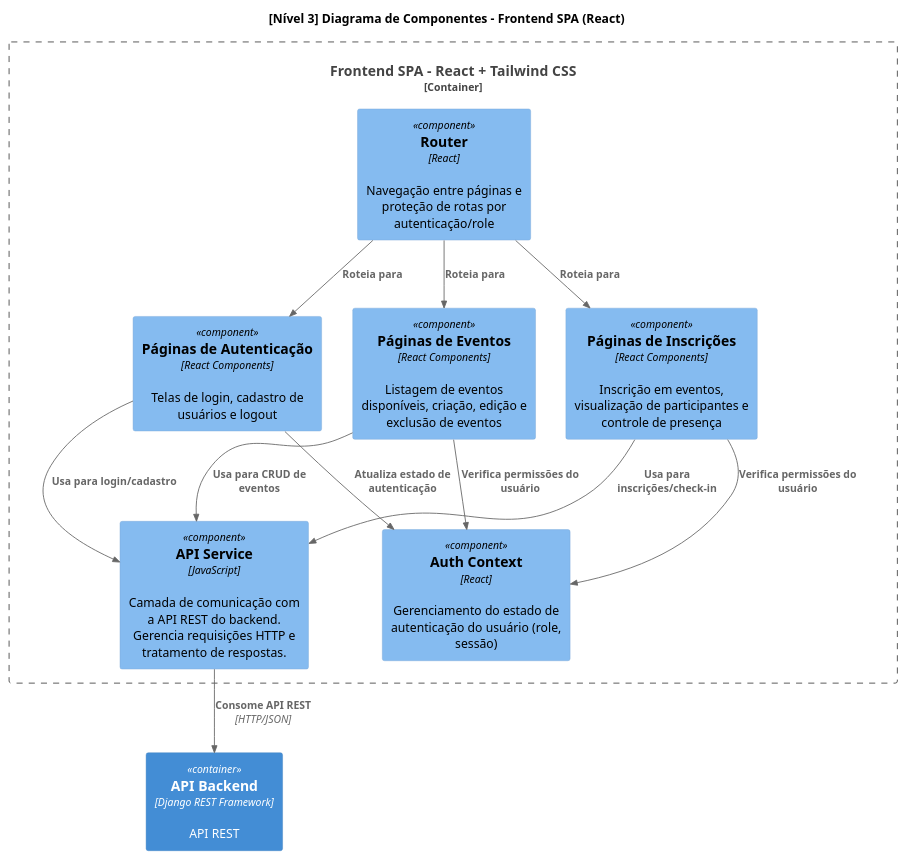
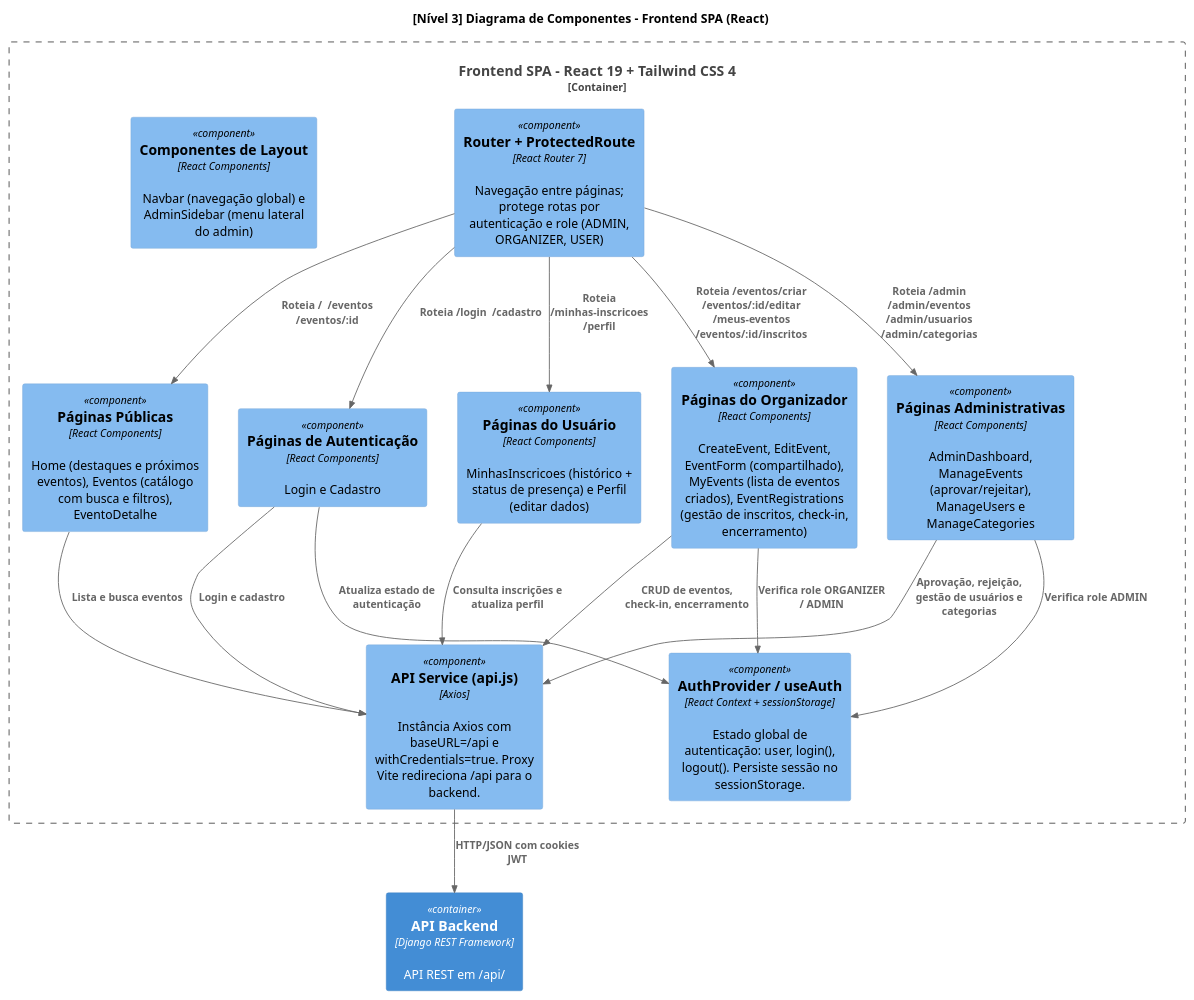
Before and after one commit to igorSeberino/event-manager-django-react: the fourth of 4 diagrams in docs/architecture/c4-model.puml, drawn with PlantUML. The commit also changed other lines of this file and 8 other files, not shown here.

```diff
--- a/docs/architecture/c4-model.puml
+++ b/docs/architecture/c4-model.puml
@@ -81,29 +90,37 @@
 @startuml C4_Components_Frontend
 !include https://raw.githubusercontent.com/plantuml-stdlib/C4-PlantUML/master/C4_Component.puml
 
 LAYOUT_TOP_DOWN()
 
 title [Nível 3] Diagrama de Componentes - Frontend SPA (React)
 
-Container_Boundary(spa, "Frontend SPA - React + Tailwind CSS") {
-    Component(authPages, "Páginas de Autenticação", "React Components", "Telas de login, cadastro de usuários e logout")
-    Component(eventPages, "Páginas de Eventos", "React Components", "Listagem de eventos disponíveis, criação, edição e exclusão de eventos")
-    Component(registrationPages, "Páginas de Inscrições", "React Components", "Inscrição em eventos, visualização de participantes e controle de presença")
-    Component(apiService, "API Service", "JavaScript", "Camada de comunicação com a API REST do backend. Gerencia requisições HTTP e tratamento de respostas.")
-    Component(authContext, "Auth Context", "React", "Gerenciamento do estado de autenticação do usuário (role, sessão)")
-    Component(router, "Router", "React", "Navegação entre páginas e proteção de rotas por autenticação/role")
+Container_Boundary(spa, "Frontend SPA - React 19 + Tailwind CSS 4") {
+    Component(router, "Router + ProtectedRoute", "React Router 7", "Navegação entre páginas; protege rotas por autenticação e role (ADMIN, ORGANIZER, USER)")
+    Component(authContext, "AuthProvider / useAuth", "React Context + sessionStorage", "Estado global de autenticação: user, login(), logout(). Persiste sessão no sessionStorage.")
+    Component(apiService, "API Service (api.js)", "Axios", "Instância Axios com baseURL=/api e withCredentials=true. Proxy Vite redireciona /api para o backend.")
+
+    Component(publicPages, "Páginas Públicas", "React Components", "Home (destaques e próximos eventos), Eventos (catálogo com busca e filtros), EventoDetalhe")
+    Component(authPages, "Páginas de Autenticação", "React Components", "Login e Cadastro")
+    Component(userPages, "Páginas do Usuário", "React Components", "MinhasInscricoes (histórico + status de presença) e Perfil (editar dados)")
+    Component(organizerPages, "Páginas do Organizador", "React Components", "CreateEvent, EditEvent, EventForm (compartilhado), MyEvents (lista de eventos criados), EventRegistrations (gestão de inscritos, check-in, encerramento)")
+    Component(adminPages, "Páginas Administrativas", "React Components", "AdminDashboard, ManageEvents (aprovar/rejeitar), ManageUsers e ManageCategories")
+    Component(layoutComponents, "Componentes de Layout", "React Components", "Navbar (navegação global) e AdminSidebar (menu lateral do admin)")
 }
 
-Container(api, "API Backend", "Django REST Framework", "API REST")
+Container(api, "API Backend", "Django REST Framework", "API REST em /api/")
 
-Rel(router, authPages, "Roteia para")
-Rel(router, eventPages, "Roteia para")
-Rel(router, registrationPages, "Roteia para")
-Rel(authPages, apiService, "Usa para login/cadastro")
-Rel(eventPages, apiService, "Usa para CRUD de eventos")
-Rel(registrationPages, apiService, "Usa para inscrições/check-in")
+Rel(router, publicPages, "Roteia /  /eventos  /eventos/:id")
+Rel(router, authPages, "Roteia /login  /cadastro")
+Rel(router, userPages, "Roteia /minhas-inscricoes  /perfil")
+Rel(router, organizerPages, "Roteia /eventos/criar  /eventos/:id/editar  /meus-eventos  /eventos/:id/inscritos")
+Rel(router, adminPages, "Roteia /admin  /admin/eventos  /admin/usuarios  /admin/categorias")
+Rel(publicPages, apiService, "Lista e busca eventos")
+Rel(authPages, apiService, "Login e cadastro")
 Rel(authPages, authContext, "Atualiza estado de autenticação")
-Rel(eventPages, authContext, "Verifica permissões do usuário")
-Rel(registrationPages, authContext, "Verifica permissões do usuário")
-Rel(apiService, api, "Consome API REST", "HTTP/JSON")
+Rel(userPages, apiService, "Consulta inscrições e atualiza perfil")
+Rel(organizerPages, apiService, "CRUD de eventos, check-in, encerramento")
+Rel(adminPages, apiService, "Aprovação, rejeição, gestão de usuários e categorias")
+Rel(organizerPages, authContext, "Verifica role ORGANIZER / ADMIN")
+Rel(adminPages, authContext, "Verifica role ADMIN")
+Rel(apiService, api, "HTTP/JSON com cookies JWT")
 @enduml
```
